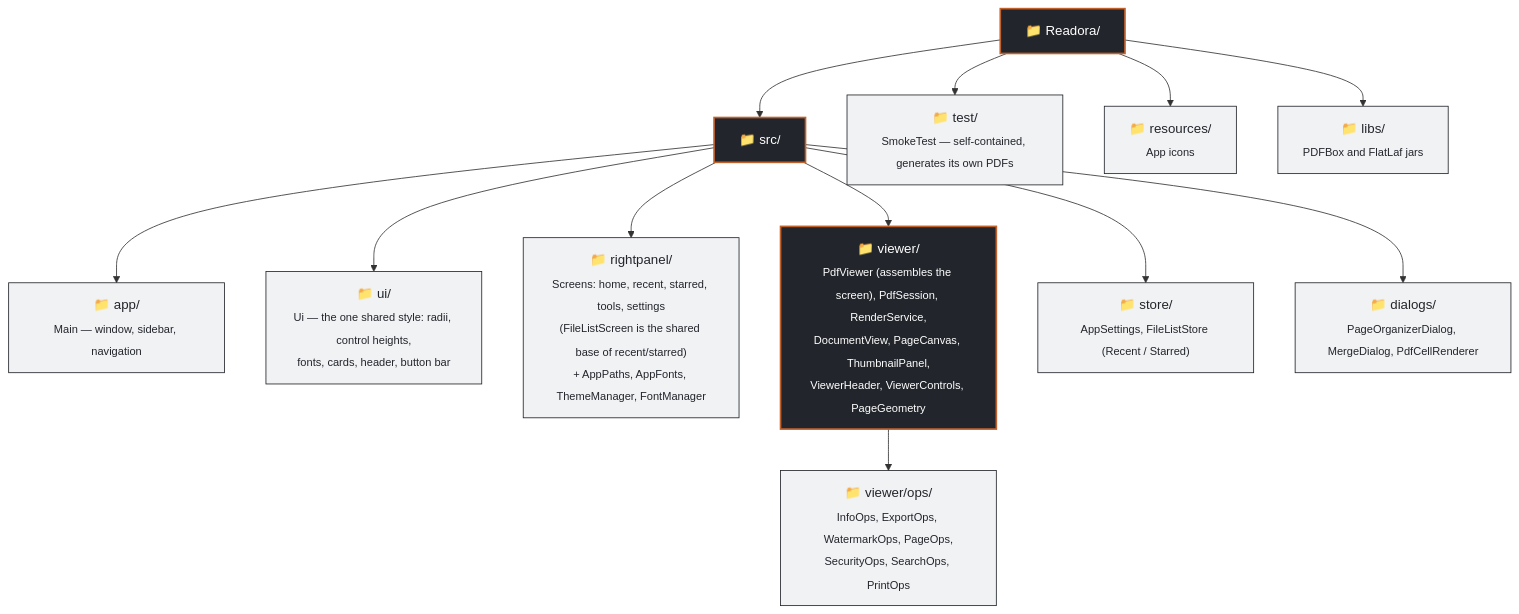
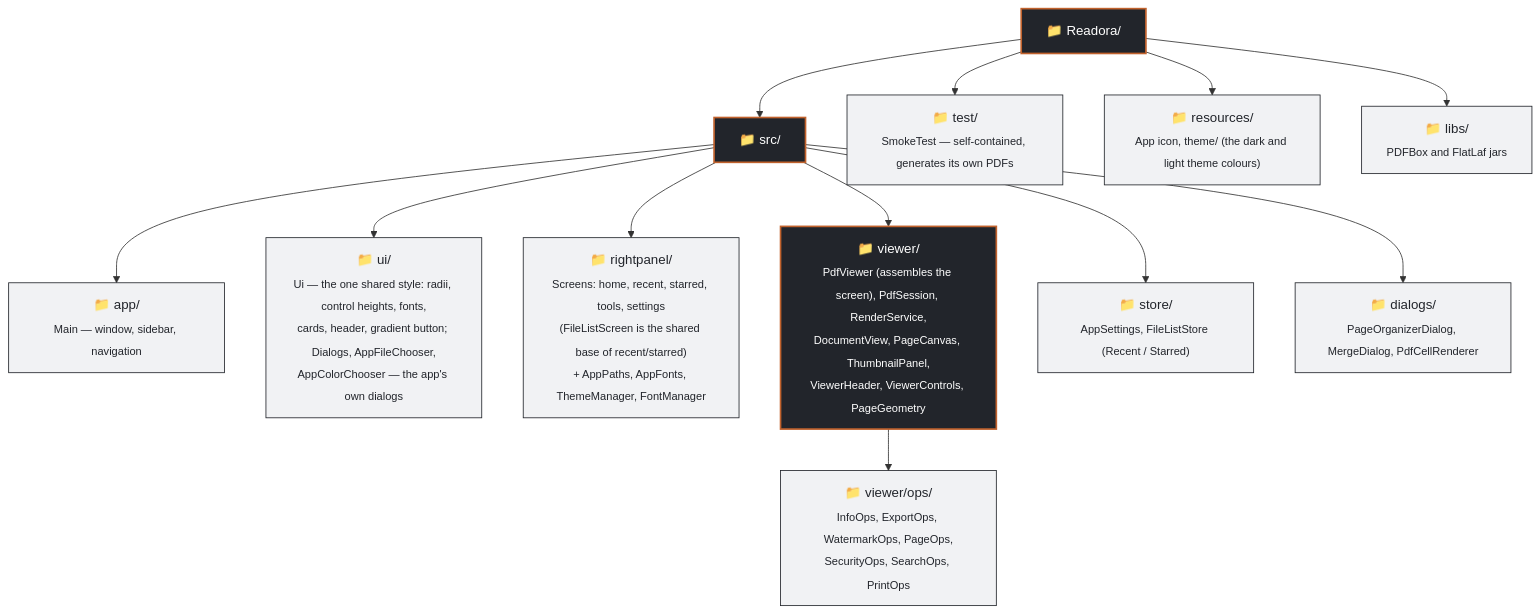
One commit to ayunater/readora changed the second of 2 diagrams in README.md. Above: the diagram before and after it, drawn with Mermaid. The commit also changed other lines of this file and 35 other files, not shown here.

First line of the commit message:
New icon, Readora Dark/Light themes, own dialogs, UI audit fixes

````diff
--- a/README.md
+++ b/README.md
@@ -132,28 +134,28 @@
 ```mermaid
 graph TD
     Root["📁 Readora/"]
     Root --> Src["📁 src/"]
     Src --> App["📁 app/<br/><sub>Main — window, sidebar, navigation</sub>"]
-    Src --> UI["📁 ui/<br/><sub>Ui — the one shared style: radii, control heights,<br/>fonts, cards, header, button bar</sub>"]
+    Src --> UI["📁 ui/<br/><sub>Ui — the one shared style: radii, control heights, fonts,<br/>cards, header, gradient button; Dialogs, AppFileChooser,<br/>AppColorChooser — the app's own dialogs</sub>"]
     Src --> RP["📁 rightpanel/<br/><sub>Screens: home, recent, starred, tools, settings<br/>(FileListScreen is the shared base of recent/starred)<br/>+ AppPaths, AppFonts, ThemeManager, FontManager</sub>"]
     Src --> Viewer["📁 viewer/<br/><sub>PdfViewer (assembles the screen), PdfSession, RenderService,<br/>DocumentView, PageCanvas, ThumbnailPanel,<br/>ViewerHeader, ViewerControls, PageGeometry</sub>"]
     Viewer --> Ops["📁 viewer/ops/<br/><sub>InfoOps, ExportOps, WatermarkOps, PageOps,<br/>SecurityOps, SearchOps, PrintOps</sub>"]
     Src --> Store["📁 store/<br/><sub>AppSettings, FileListStore (Recent / Starred)</sub>"]
     Src --> Dialogs["📁 dialogs/<br/><sub>PageOrganizerDialog, MergeDialog, PdfCellRenderer</sub>"]
     Root --> Test["📁 test/<br/><sub>SmokeTest — self-contained, generates its own PDFs</sub>"]
-    Root --> Resources["📁 resources/<br/><sub>App icons</sub>"]
+    Root --> Resources["📁 resources/<br/><sub>App icon, theme/ (the dark and light theme colours)</sub>"]
     Root --> Libs["📁 libs/<br/><sub>PDFBox and FlatLaf jars</sub>"]
 
     style Root fill:#22252B,stroke:#C1622D,stroke-width:2px,color:#fff
     style Src fill:#22252B,stroke:#C1622D,stroke-width:2px,color:#fff
     style Viewer fill:#22252B,stroke:#C1622D,stroke-width:2px,color:#fff
     style App fill:#F1F2F4,stroke:#22252B,color:#22252B
     style UI fill:#F1F2F4,stroke:#22252B,color:#22252B
     style RP fill:#F1F2F4,stroke:#22252B,color:#22252B
     style Ops fill:#F1F2F4,stroke:#22252B,color:#22252B
     style Store fill:#F1F2F4,stroke:#22252B,color:#22252B
     style Dialogs fill:#F1F2F4,stroke:#22252B,color:#22252B
     style Test fill:#F1F2F4,stroke:#22252B,color:#22252B
     style Resources fill:#F1F2F4,stroke:#22252B,color:#22252B
     style Libs fill:#F1F2F4,stroke:#22252B,color:#22252B
 ```
````
